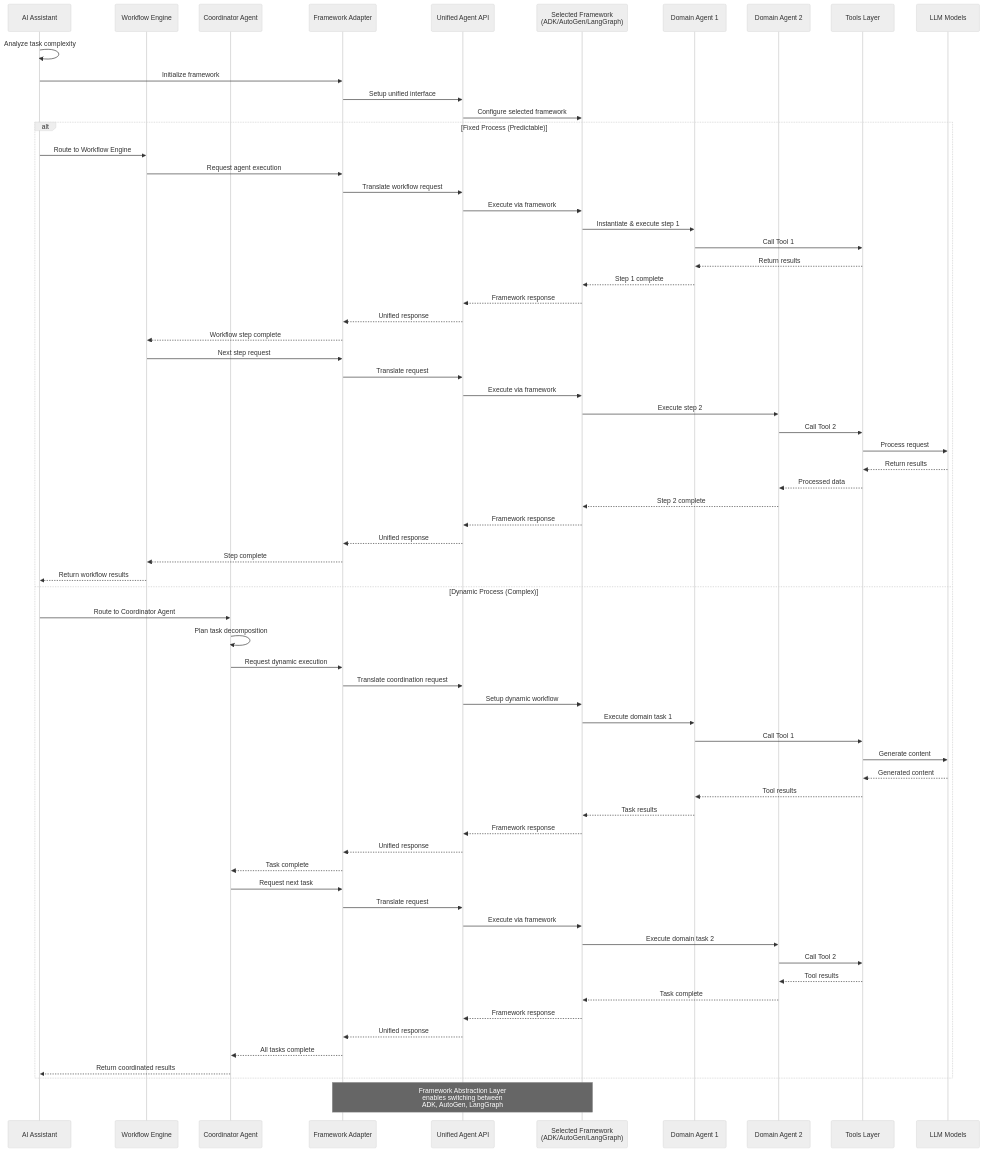
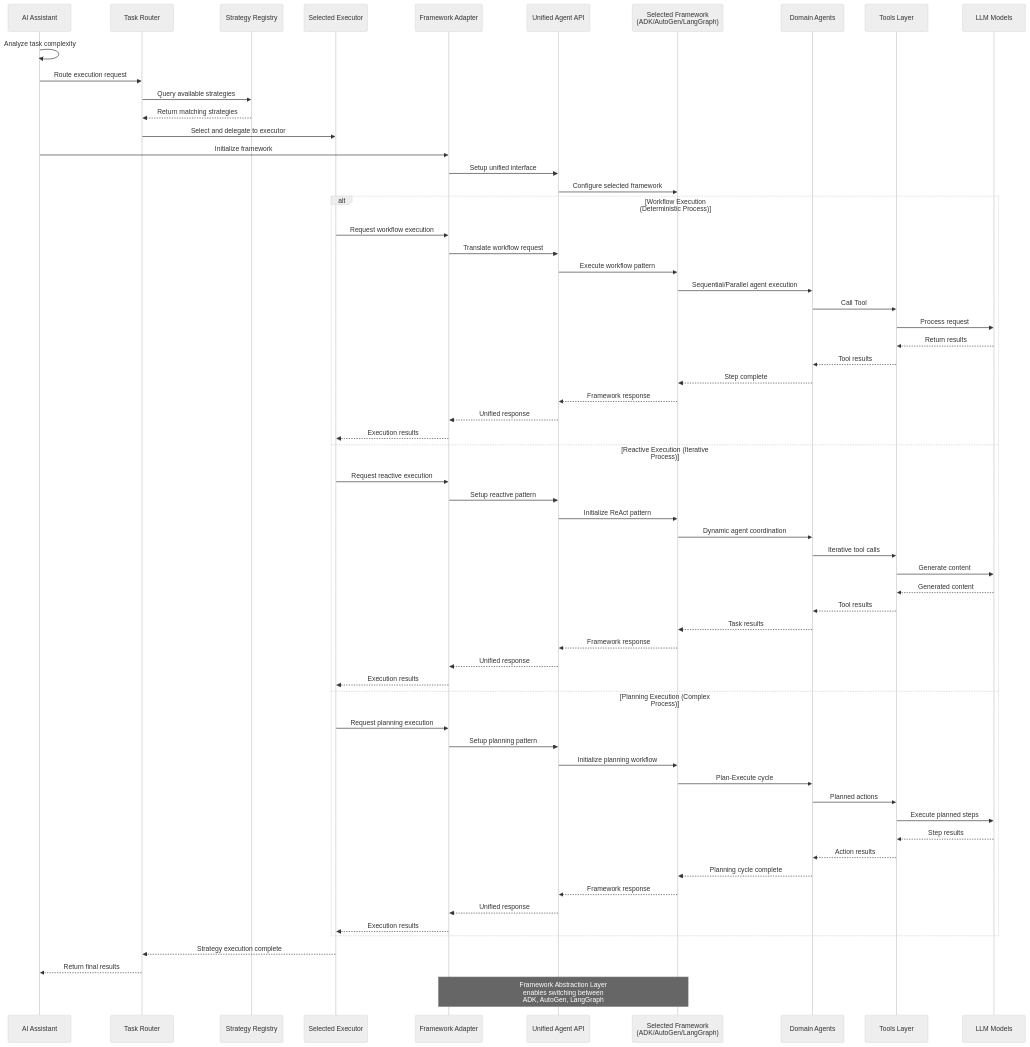
The second of 2 diagrams in docs/architecture.md (wudalu/aether-frame), drawn with Mermaid (neutral theme) before and after one commit. The commit also changed other lines of this file and 1 other file, not shown here.

First line of the commit message:
refactor: redesign execution engine with strategy-based architecture

````diff
--- a/docs/architecture.md
+++ b/docs/architecture.md
@@ -139,77 +156,70 @@
 ```mermaid
 sequenceDiagram
     participant ENTRY as AI Assistant
-    participant WF as Workflow Engine
-    participant COORD as Coordinator Agent
+    participant ROUTER as Task Router
+    participant REGISTRY as Strategy Registry
+    participant EXEC as Selected Executor
     participant FAL as Framework Adapter
     participant API as Unified Agent API
     participant FW as Selected Framework<br/>(ADK/AutoGen/LangGraph)
-    participant DA1 as Domain Agent 1
-    participant DA2 as Domain Agent 2
+    participant DA as Domain Agents
     participant Tools as Tools Layer
     participant LLM as LLM Models
 
     ENTRY->>ENTRY: Analyze task complexity
+    ENTRY->>ROUTER: Route execution request
+    ROUTER->>REGISTRY: Query available strategies
+    REGISTRY-->>ROUTER: Return matching strategies
+    ROUTER->>EXEC: Select and delegate to executor
     ENTRY->>FAL: Initialize framework
     FAL->>API: Setup unified interface
     API->>FW: Configure selected framework
     
-    alt Fixed Process (Predictable)
-        ENTRY->>WF: Route to Workflow Engine
-        WF->>FAL: Request agent execution
+    alt Workflow Execution (Deterministic Process)
+        EXEC->>FAL: Request workflow execution
         FAL->>API: Translate workflow request
-        API->>FW: Execute via framework
-        FW->>DA1: Instantiate & execute step 1
-        DA1->>Tools: Call Tool 1
-        Tools-->>DA1: Return results
-        DA1-->>FW: Step 1 complete
+        API->>FW: Execute workflow pattern
+        FW->>DA: Sequential/Parallel agent execution
+        DA->>Tools: Call Tool
+        Tools->>LLM: Process request
+        LLM-->>Tools: Return results
+        Tools-->>DA: Tool results
+        DA-->>FW: Step complete
         FW-->>API: Framework response
         API-->>FAL: Unified response
-        FAL-->>WF: Workflow step complete
-        
-        WF->>FAL: Next step request
-        FAL->>API: Translate request
-        API->>FW: Execute via framework
-        FW->>DA2: Execute step 2
-        DA2->>Tools: Call Tool 2
-        Tools->>LLM: Process request
-        LLM-->>Tools: Return results
-        Tools-->>DA2: Processed data
-        DA2-->>FW: Step 2 complete
+        FAL-->>EXEC: Execution results
+    
+    else Reactive Execution (Iterative Process)
+        EXEC->>FAL: Request reactive execution
+        FAL->>API: Setup reactive pattern
+        API->>FW: Initialize ReAct pattern
+        FW->>DA: Dynamic agent coordination
+        DA->>Tools: Iterative tool calls
+        Tools->>LLM: Generate content
+        LLM-->>Tools: Generated content
+        Tools-->>DA: Tool results
+        DA-->>FW: Task results
         FW-->>API: Framework response
         API-->>FAL: Unified response
-        FAL-->>WF: Step complete
-        WF-->>ENTRY: Return workflow results
-    
-    else Dynamic Process (Complex)
-        ENTRY->>COORD: Route to Coordinator Agent
-        COORD->>COORD: Plan task decomposition
-        COORD->>FAL: Request dynamic execution
-        FAL->>API: Translate coordination request
-        API->>FW: Setup dynamic workflow
+        FAL-->>EXEC: Execution results
         
-        FW->>DA1: Execute domain task 1
-        DA1->>Tools: Call Tool 1
-        Tools->>LLM: Generate content
-        LLM-->>Tools: Generated content
-        Tools-->>DA1: Tool results
-        DA1-->>FW: Task results
+    else Planning Execution (Complex Process)
+        EXEC->>FAL: Request planning execution
+        FAL->>API: Setup planning pattern
+        API->>FW: Initialize planning workflow
+        FW->>DA: Plan-Execute cycle
+        DA->>Tools: Planned actions
+        Tools->>LLM: Execute planned steps
+        LLM-->>Tools: Step results
+        Tools-->>DA: Action results
+        DA-->>FW: Planning cycle complete
         FW-->>API: Framework response
         API-->>FAL: Unified response
-        FAL-->>COORD: Task complete
-        
-        COORD->>FAL: Request next task
-        FAL->>API: Translate request
-        API->>FW: Execute via framework
-        FW->>DA2: Execute domain task 2
-        DA2->>Tools: Call Tool 2
-        Tools-->>DA2: Tool results
-        DA2-->>FW: Task complete
-        FW-->>API: Framework response
-        API-->>FAL: Unified response
-        FAL-->>COORD: All tasks complete
-        COORD-->>ENTRY: Return coordinated results
+        FAL-->>EXEC: Execution results
     end
+    
+    EXEC-->>ROUTER: Strategy execution complete
+    ROUTER-->>ENTRY: Return final results
     
     Note over FAL,FW: Framework Abstraction Layer<br/>enables switching between<br/>ADK, AutoGen, LangGraph
 ```
````
